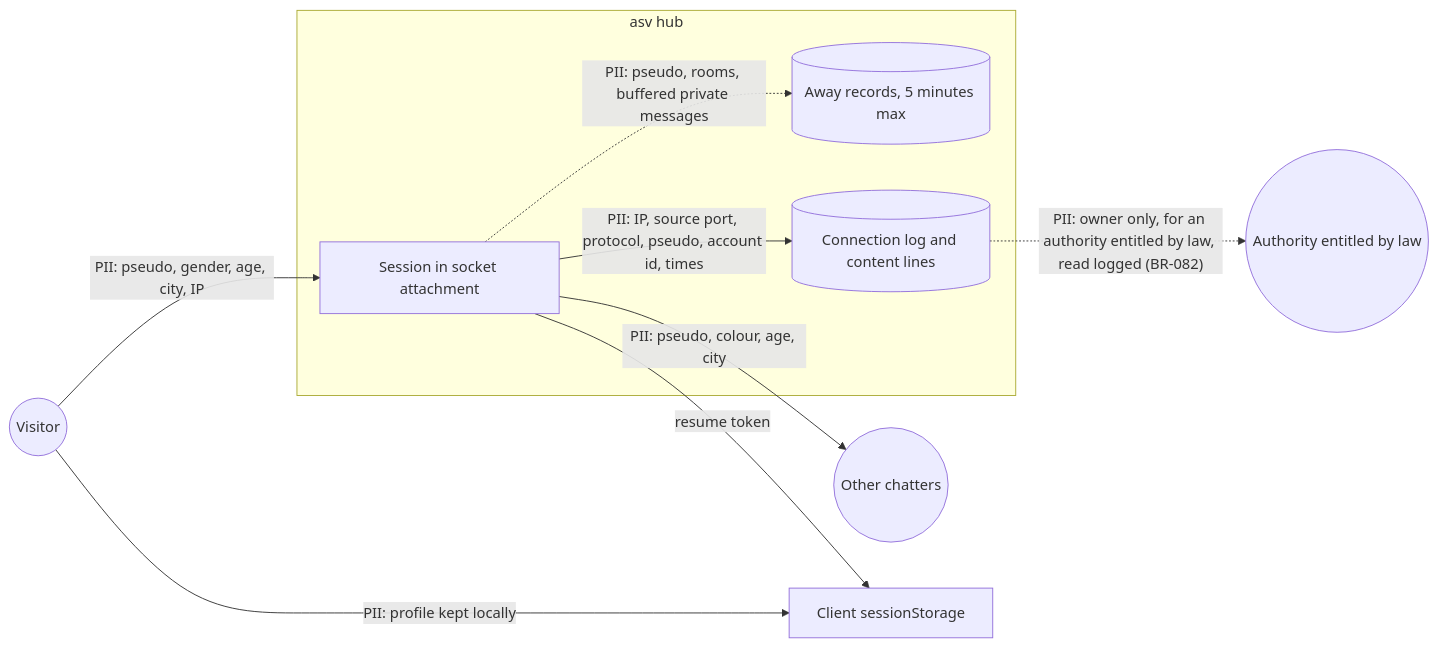
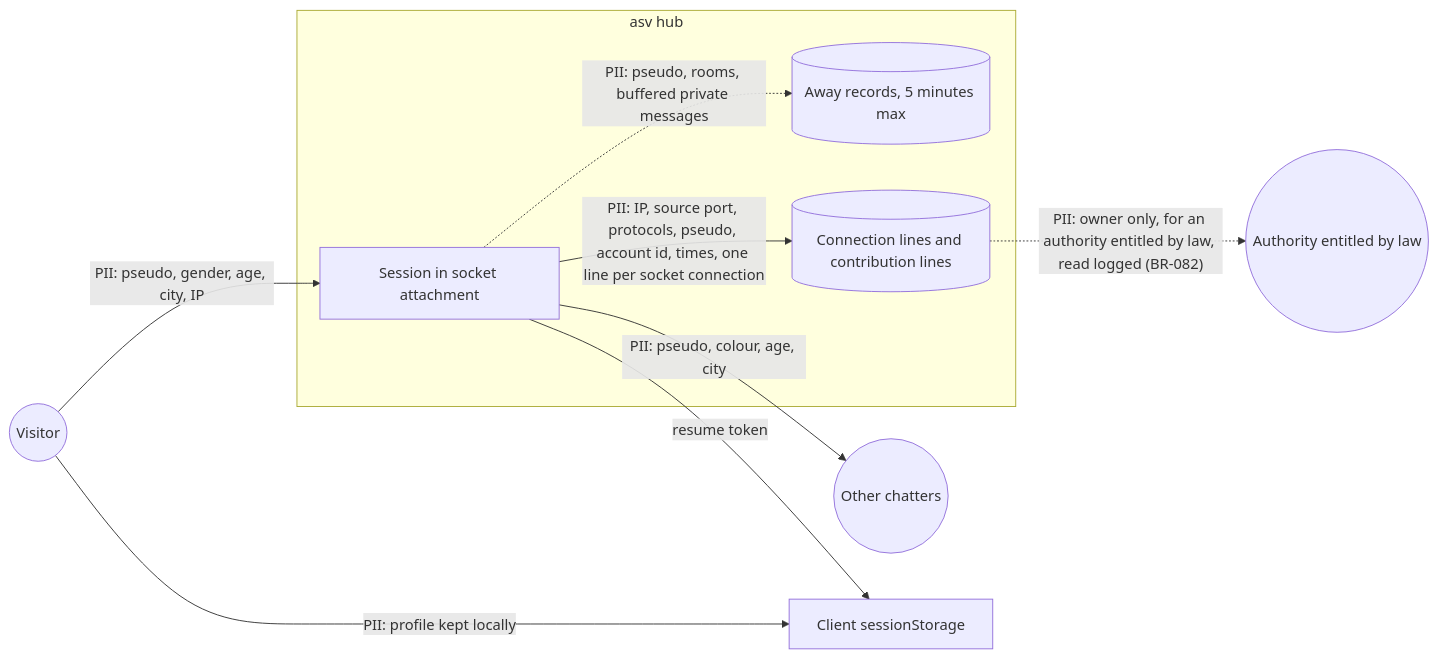
The diagram in docs/architecture/diagrams/entry/06-data-flow.md (benoit-bremaud/asv), drawn with Mermaid before and after one commit. The commit also changed other lines of this file and 21 other files, not shown here.

First line of the commit message:
docs(legal): align BR-060 with decree arts. 5 and 6, one log line per socket

````diff
--- a/docs/architecture/diagrams/entry/06-data-flow.md
+++ b/docs/architecture/diagrams/entry/06-data-flow.md
@@ -13,19 +13,19 @@
 ```mermaid
 flowchart LR
   Visitor(("Visitor"))
   Others(("Other chatters"))
   Authority(("Authority entitled by law"))
   subgraph asv ["asv hub"]
     Sess["Session in socket attachment"]
     Away[("Away records, 5 minutes max")]
-    Logs[("Connection log and content lines")]
+    Logs[("Connection lines and contribution lines")]
   end
   Client["Client sessionStorage"]
   Visitor -->|"PII: pseudo, gender, age, city, IP"| Sess
-  Sess -->|"PII: IP, source port, protocol, pseudo, account id, times"| Logs
+  Sess -->|"PII: IP, source port, protocols, pseudo, account id, times, one line per socket connection"| Logs
   Sess -->|"resume token"| Client
   Visitor -->|"PII: profile kept locally"| Client
   Sess -->|"PII: pseudo, colour, age, city"| Others
   Sess -.->|"PII: pseudo, rooms, buffered private messages"| Away
   Logs -.->|"PII: owner only, for an authority entitled by law, read logged (BR-082)"| Authority
 ```
````
